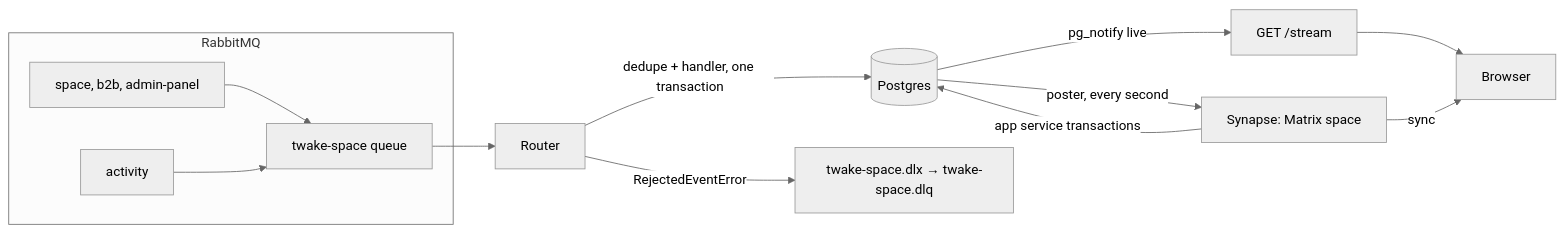
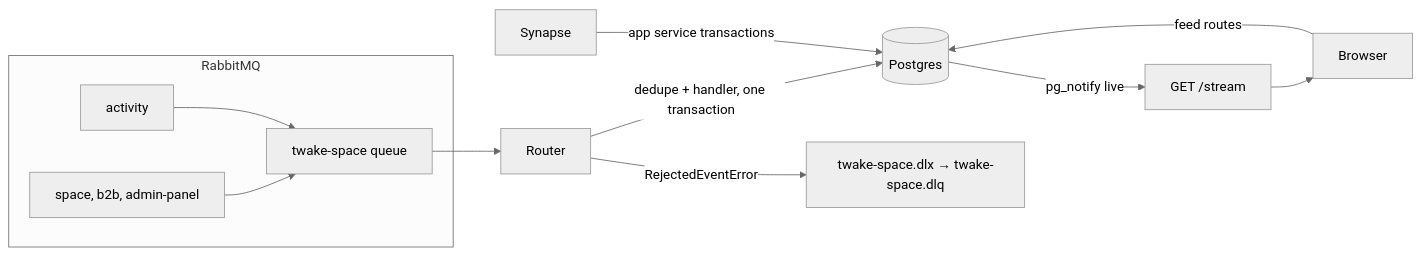
Before and after one commit to linagora/twake-space: the first of 5 diagrams in docs/events.md, drawn with Mermaid (neutral theme). The commit also changed other lines of this file and 5 other files, not shown here.

Commit message:
docs(backend): describe the feed api, and drop the matrix card gauges

````diff
--- a/docs/events.md
+++ b/docs/events.md
@@ -16,18 +16,17 @@
 ```mermaid
 flowchart LR
   subgraph RabbitMQ
     P["space, b2b, admin-panel"]
     A[activity]
     Q[twake-space queue]
   end
   P --> Q
   A --> Q
   Q --> R[Router]
   R -->|dedupe + handler, one transaction| PG[(Postgres)]
   R -->|RejectedEventError| DLQ["twake-space.dlx → twake-space.dlq"]
   PG -->|pg_notify live| SSE[GET /stream]
-  PG -->|poster, every second| MX[Synapse: Matrix space]
-  MX -->|app service transactions| PG
+  MX[Synapse] -->|app service transactions| PG
   SSE --> B[Browser]
-  MX -->|sync| B
+  B -->|feed routes| PG
 ```
````
